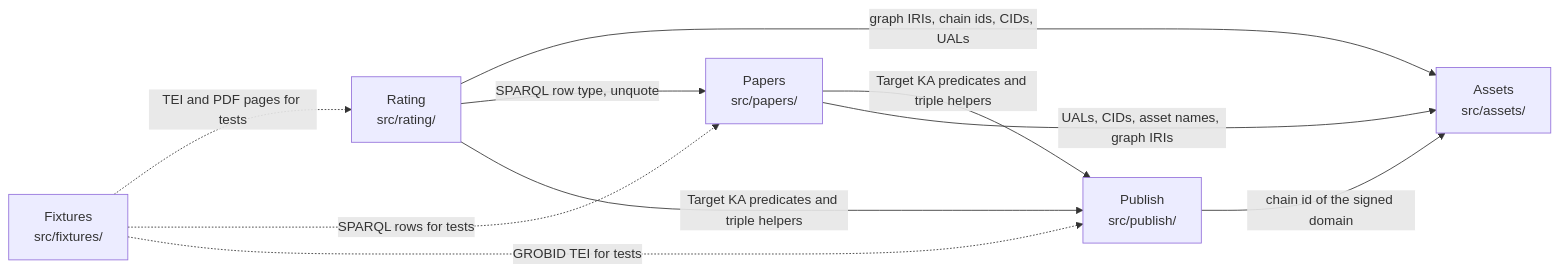
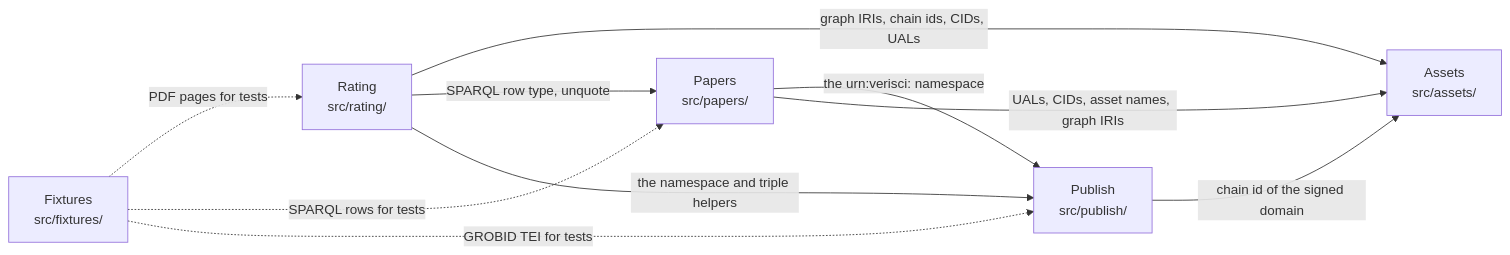
The diagram in .omm/overall-architecture/core/diagram.mmd (SiegfriedBz/labstrail), drawn with Mermaid before and after one commit. The commit also changed 3 other files, not shown here.

```diff
--- a/.omm/overall-architecture/core/diagram.mmd
+++ b/.omm/overall-architecture/core/diagram.mmd
@@ -1,10 +1,10 @@
 graph LR
     publish["Publish\nsrc/publish/"] -->|"chain id of the signed domain"| assets["Assets\nsrc/assets/"]
-    papers["Papers\nsrc/papers/"] -->|"Target KA predicates and triple helpers"| publish
+    papers["Papers\nsrc/papers/"] -->|"the urn:verisci: namespace"| publish
     papers -->|"UALs, CIDs, asset names, graph IRIs"| assets
     rating["Rating\nsrc/rating/"] -->|"graph IRIs, chain ids, CIDs, UALs"| assets
     rating -->|"SPARQL row type, unquote"| papers
-    rating -->|"Target KA predicates and triple helpers"| publish
-    fixtures["Fixtures\nsrc/fixtures/"] -.->|"TEI and PDF pages for tests"| rating
+    rating -->|"the namespace and triple helpers"| publish
+    fixtures["Fixtures\nsrc/fixtures/"] -.->|"PDF pages for tests"| rating
     fixtures -.->|"SPARQL rows for tests"| papers
     fixtures -.->|"GROBID TEI for tests"| publish
```
